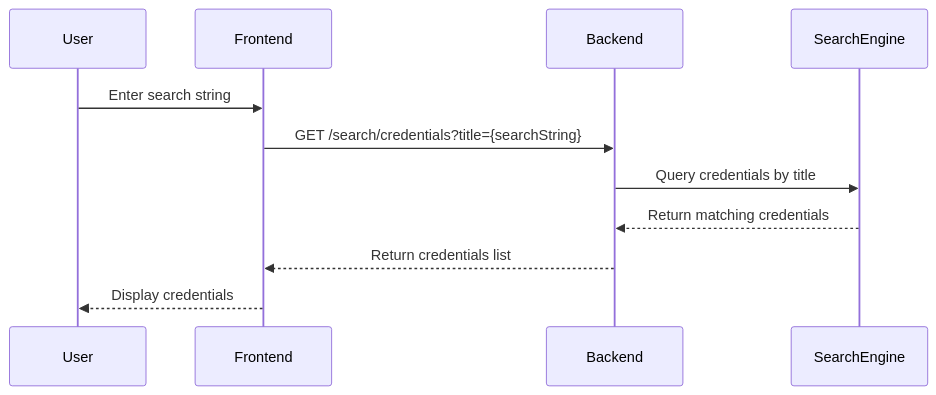
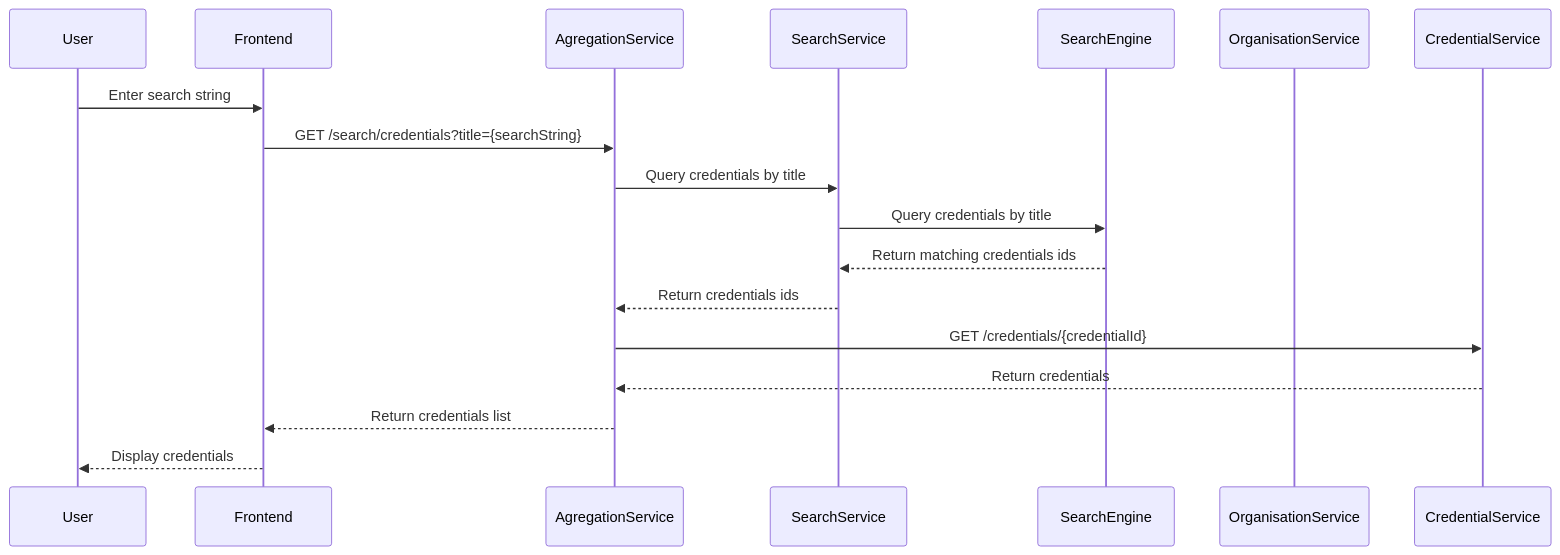
The first of 5 diagrams in src/drafts/search.adoc (DO-2K23-26/polypass-archi-technique), drawn with Mermaid before and after one commit. The commit also changed other lines of this file, not shown here.

First line of the commit message:
Docs/search api (#13)

```diff
--- a/src/drafts/search.adoc
+++ b/src/drafts/search.adoc
@@ -324,15 +324,22 @@
 [mermaid]
 ----
 sequenceDiagram
     participant User
     participant Frontend
-    participant Backend
+    participant AgregationService
+    participant SearchService
     participant SearchEngine
+    participant OrganisationService
+    participant CredentialService
 
     User->>Frontend: Enter search string
-    Frontend->>Backend: GET /search/credentials?title={searchString}
-    Backend->>SearchEngine: Query credentials by title
-    SearchEngine-->>Backend: Return matching credentials
-    Backend-->>Frontend: Return credentials list
+    Frontend->>AgregationService: GET /search/credentials?title={searchString}
+    AgregationService->>SearchService: Query credentials by title
+    SearchService->>SearchEngine: Query credentials by title
+    SearchEngine-->>SearchService: Return matching credentials ids
+    SearchService-->>AgregationService: Return credentials ids
+    AgregationService->>CredentialService: GET /credentials/{credentialId}
+    CredentialService-->>AgregationService: Return credentials
+    AgregationService-->>Frontend: Return credentials list
     Frontend-->>User: Display credentials
 ----
```
